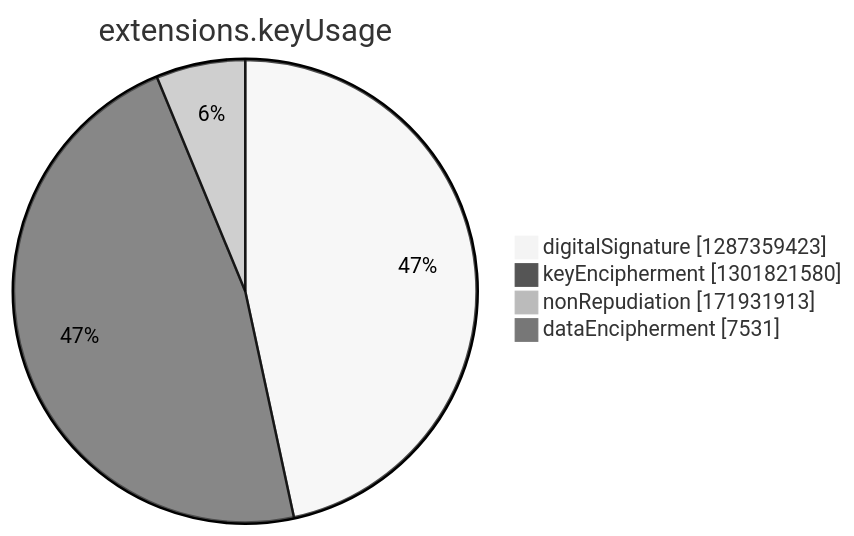
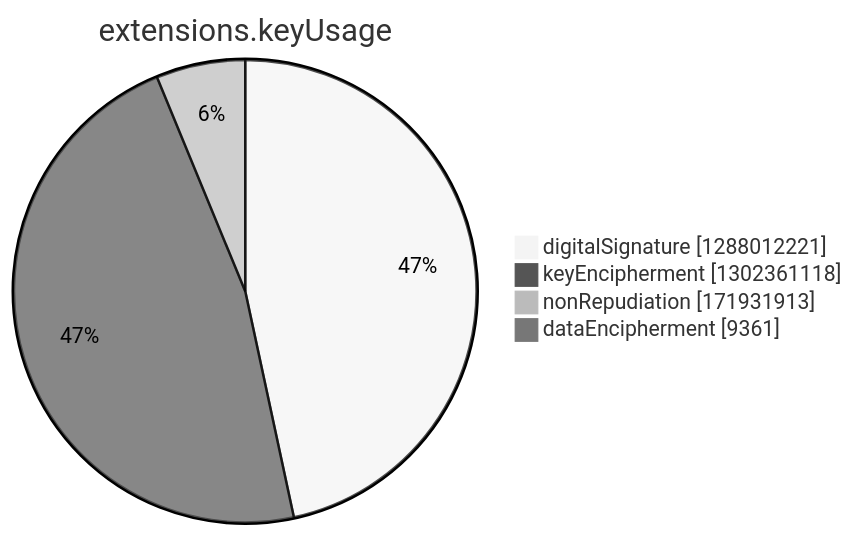
One commit to christiankrug/ctmonitor_visualization changed the seventh of 15 diagrams in argon2022/README.md. Above: the diagram before and after it, drawn with Mermaid (neutral theme). The commit also changed other lines of this file, not shown here.

````diff
--- a/argon2022/README.md
+++ b/argon2022/README.md
@@ -2748,8 +2748,8 @@
 ```mermaid
 pie showData
 title extensions.keyUsage
-"digitalSignature" :1287359423
-"keyEncipherment" :1301821580
+"digitalSignature" :1288012221
+"keyEncipherment" :1302361118
 "nonRepudiation" :171931913
-"dataEncipherment" :7531
+"dataEncipherment" :9361
 ```
````
